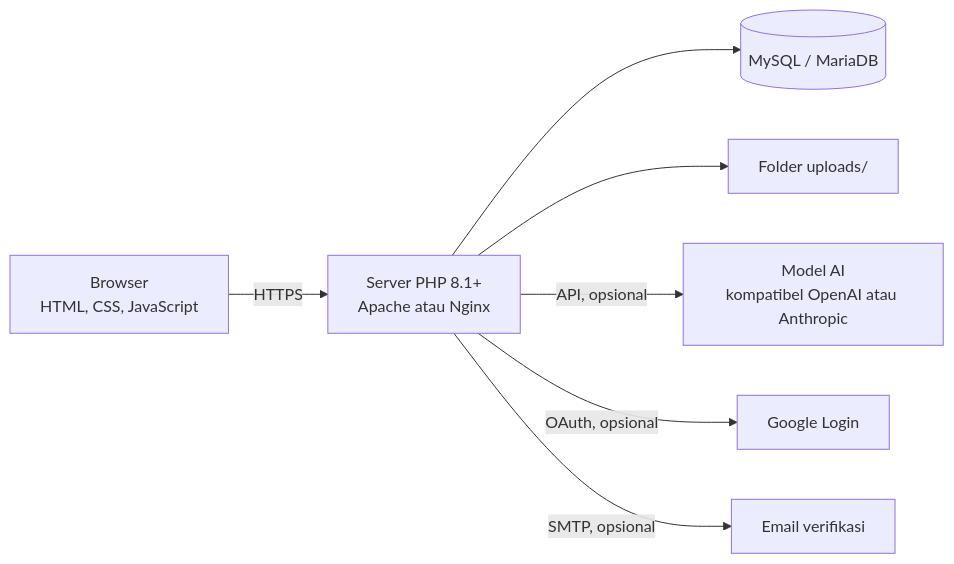
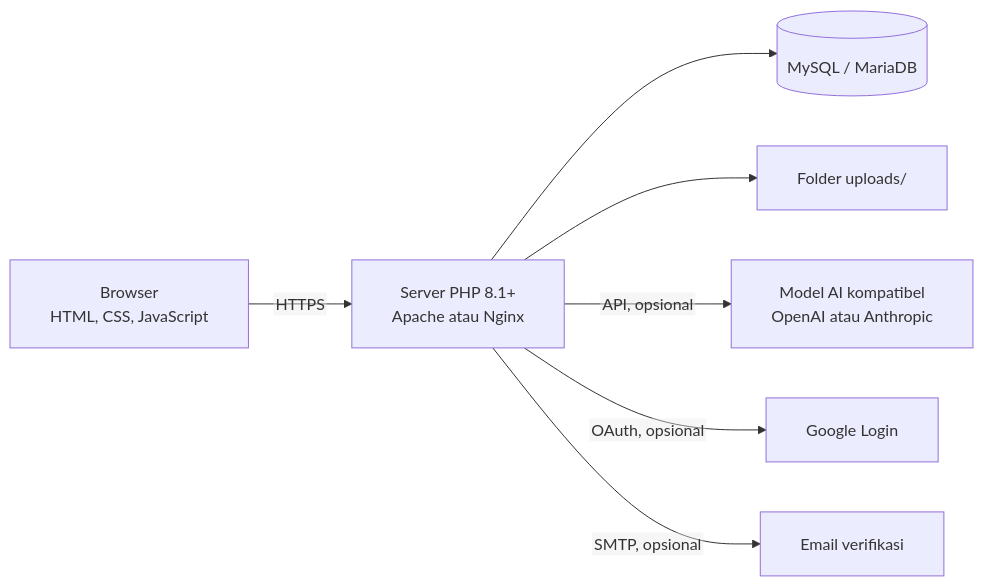
Diagram 12 of 12 in README.md (ZaidAlHibb/ITIHIX), drawn with Mermaid before and after one commit. The commit also changed other lines of this file, not shown here.

````diff
--- a/README.md
+++ b/README.md
@@ -475,9 +561,10 @@
 ```mermaid
+%%{init: {"flowchart": {"htmlLabels": false, "padding": 20}, "themeVariables": {"fontFamily": "Arial, Helvetica, sans-serif"}}}%%
 flowchart LR
     A[Browser<br/>HTML, CSS, JavaScript] -->|HTTPS| S
     S[Server PHP 8.1+<br/>Apache atau Nginx] --> D[(MySQL / MariaDB)]
     S --> U[Folder uploads/]
-    S -->|API, opsional| G[Model AI<br/>kompatibel OpenAI atau Anthropic]
+    S -->|API, opsional| G[Model AI kompatibel<br/>OpenAI atau Anthropic]
     S -->|OAuth, opsional| O[Google Login]
     S -->|SMTP, opsional| M[Email verifikasi]
 ```
````
